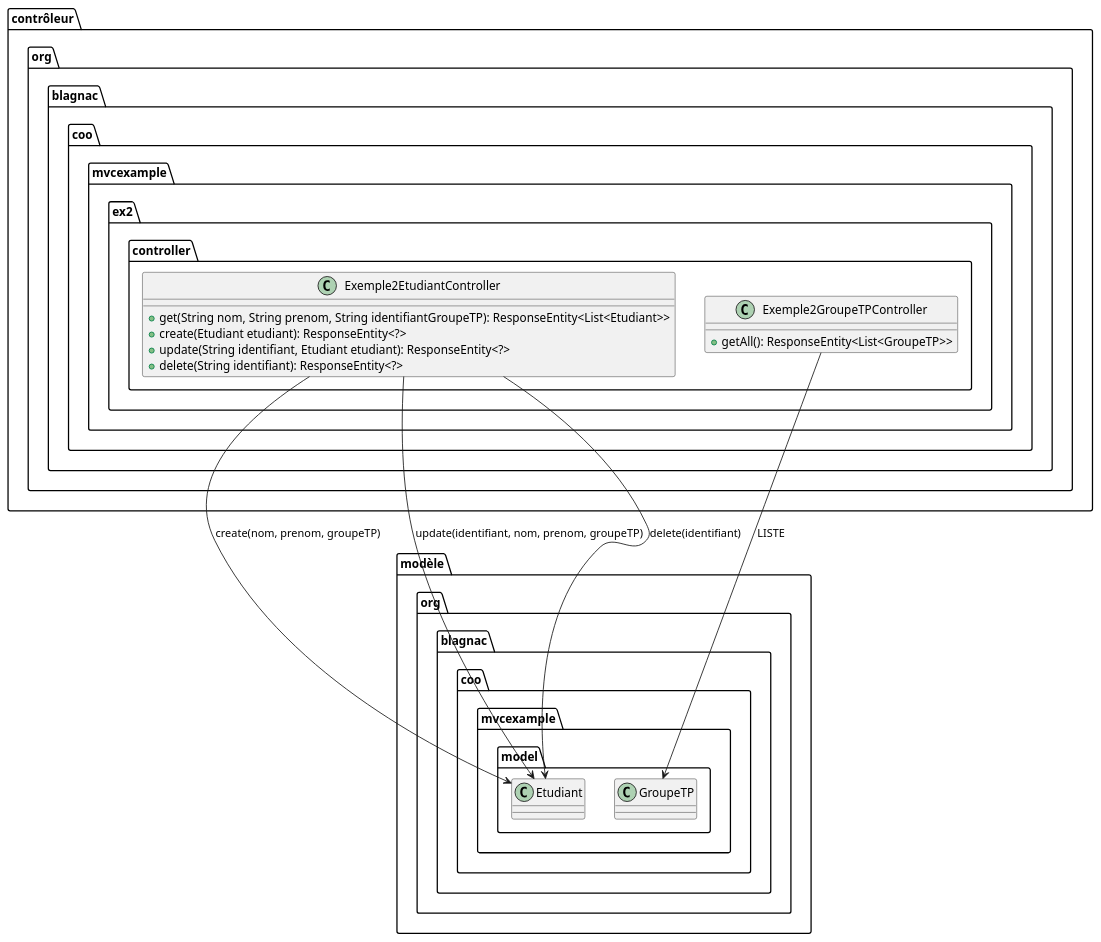
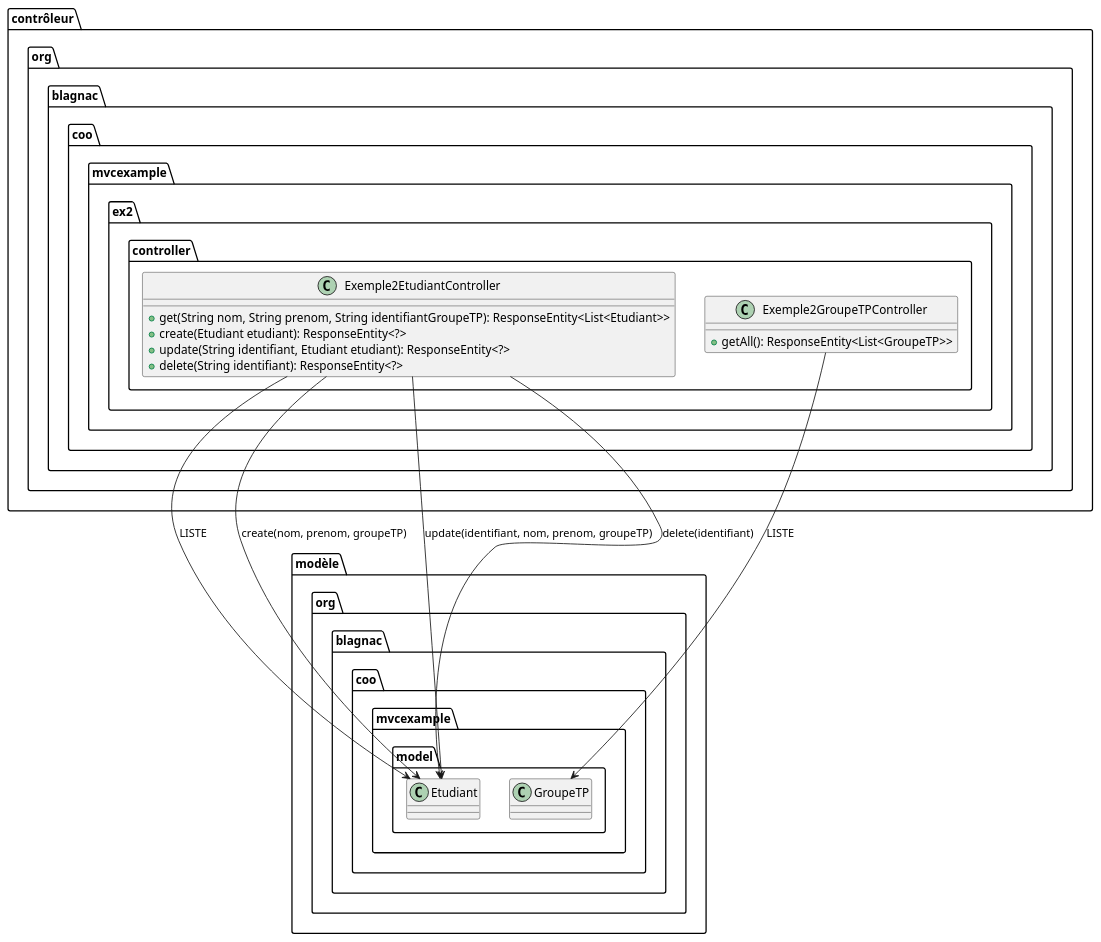
The third of 3 diagrams in src/main/doc/exemple2.adoc (tgoubin/mvc-example), drawn with PlantUML before and after one commit. The commit also changed other lines of this file and 1 other file, not shown here.

```diff
--- a/src/main/doc/exemple2.adoc
+++ b/src/main/doc/exemple2.adoc
@@ -170,33 +161,34 @@
 [plantuml, "ex2-controleur", png]  
 ----
 @startuml
 
 folder contrôleur {
 	package org.blagnac.coo.mvcexample.ex2.controller {
 		class Exemple2EtudiantController {
 			+ get(String nom, String prenom, String identifiantGroupeTP): ResponseEntity<List<Etudiant>>
 			+ create(Etudiant etudiant): ResponseEntity<?>
 			+ update(String identifiant, Etudiant etudiant): ResponseEntity<?>
 			+ delete(String identifiant): ResponseEntity<?>
 		}
 		
 		class Exemple2GroupeTPController {
 			+ getAll(): ResponseEntity<List<GroupeTP>>
 		}
 	}
 }
 
 folder modèle {
 	package org.blagnac.coo.mvcexample.model {
 	    class Etudiant
 	    class GroupeTP
 	}
 }
 
+Exemple2EtudiantController --> Etudiant: LISTE
 Exemple2EtudiantController --> Etudiant: create(nom, prenom, groupeTP)
 Exemple2EtudiantController --> Etudiant: update(identifiant, nom, prenom, groupeTP)
 Exemple2EtudiantController --> Etudiant: delete(identifiant)
 Exemple2GroupeTPController --> GroupeTP: LISTE
 
 @enduml
 ----
```
